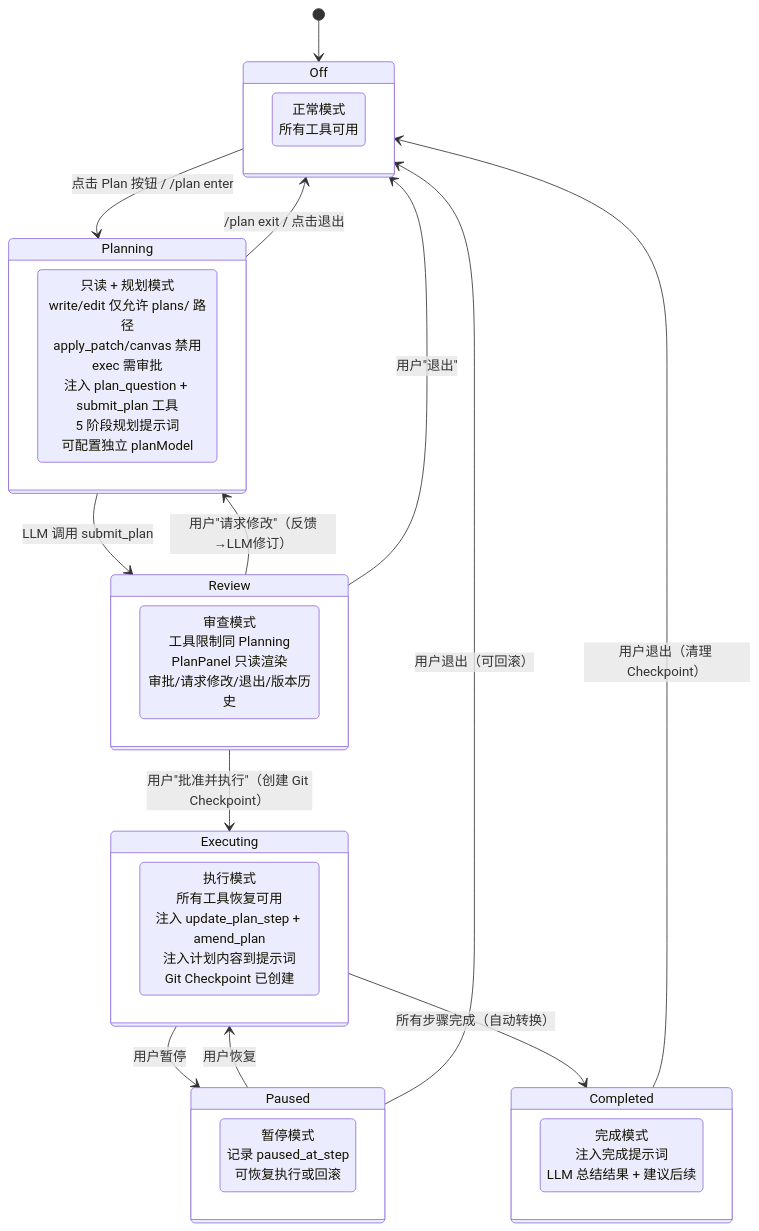
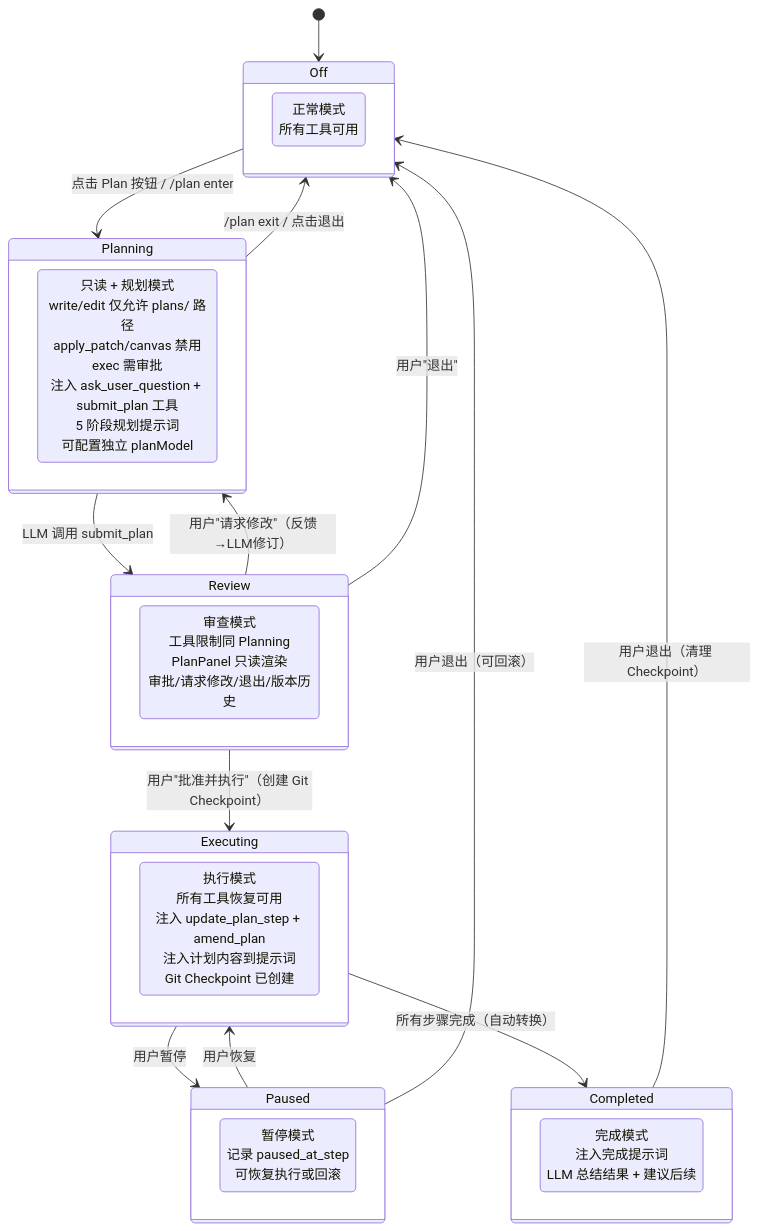
Before and after one commit to shiwenwen/hope-agent: the second of 16 diagrams in docs/architecture/plan-mode.md, drawn with Mermaid. The commit also changed other lines of this file and 39 other files, not shown here.

First line of the commit message:
refactor: 移除 plan_question 旧名兼容，统一为 ask_user_question

````diff
--- a/docs/architecture/plan-mode.md
+++ b/docs/architecture/plan-mode.md
@@ -141,39 +141,39 @@
 ```mermaid
 stateDiagram-v2
     [*] --> Off
 
     Off --> Planning : 点击 Plan 按钮 / /plan enter
     Planning --> Off : /plan exit / 点击退出
     Planning --> Review : LLM 调用 submit_plan
 
     Review --> Planning : 用户"请求修改"（反馈→LLM修订）
     Review --> Executing : 用户"批准并执行"（创建 Git Checkpoint）
     Review --> Off : 用户"退出"
 
     Executing --> Paused : 用户暂停
     Executing --> Completed : 所有步骤完成（自动转换）
 
     Paused --> Executing : 用户恢复
     Paused --> Off : 用户退出（可回滚）
 
     Completed --> Off : 用户退出（清理 Checkpoint）
 
     state Off {
         [*] : 正常模式<br/>所有工具可用
     }
     state Planning {
-        [*] : 只读 + 规划模式<br/>write/edit 仅允许 plans/ 路径<br/>apply_patch/canvas 禁用<br/>exec 需审批<br/>注入 plan_question + submit_plan 工具<br/>5 阶段规划提示词<br/>可配置独立 planModel
+        [*] : 只读 + 规划模式<br/>write/edit 仅允许 plans/ 路径<br/>apply_patch/canvas 禁用<br/>exec 需审批<br/>注入 ask_user_question + submit_plan 工具<br/>5 阶段规划提示词<br/>可配置独立 planModel
     }
     state Review {
         [*] : 审查模式<br/>工具限制同 Planning<br/>PlanPanel 只读渲染<br/>审批/请求修改/退出/版本历史
     }
     state Executing {
         [*] : 执行模式<br/>所有工具恢复可用<br/>注入 update_plan_step + amend_plan<br/>注入计划内容到提示词<br/>Git Checkpoint 已创建
     }
     state Paused {
         [*] : 暂停模式<br/>记录 paused_at_step<br/>可恢复执行或回滚
     }
     state Completed {
         [*] : 完成模式<br/>注入完成提示词<br/>LLM 总结结果 + 建议后续
     }
 ```
````
